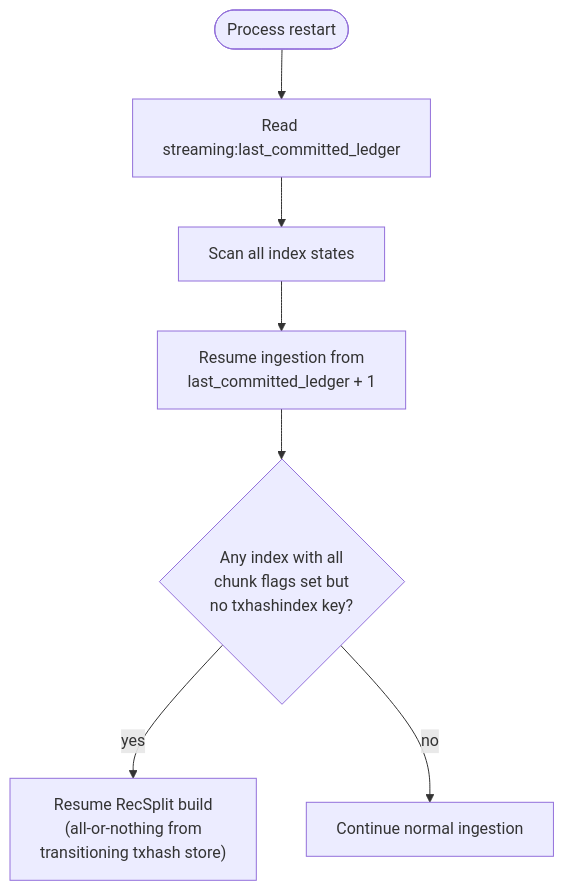
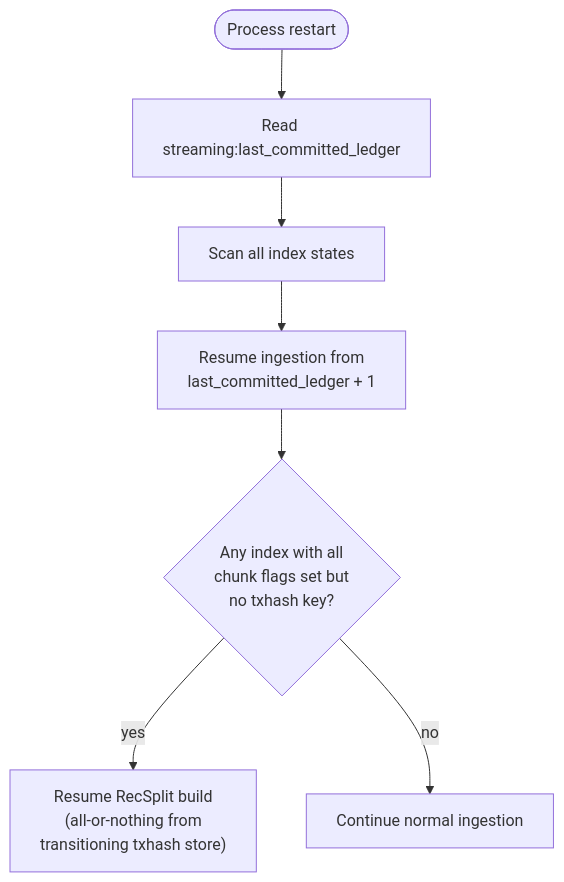
One commit to stellar/stellar-rpc changed diagram 12 of 12 in full-history/design-docs/01-architecture-overview.md. Above: the diagram before and after it, drawn with Mermaid. The commit also changed other lines of this file and 34 other files, not shown here.

Commit message:
refactor: align with PR #617 review — index:%010d:txhash key, chunks_per_txhash_index config

````diff
--- a/full-history/design-docs/01-architecture-overview.md
+++ b/full-history/design-docs/01-architecture-overview.md
@@ -330,9 +330,9 @@
 ```mermaid
 flowchart TD
     START(["Process restart"]) --> READ_LCL["Read streaming:last_committed_ledger"]
     READ_LCL --> SCAN_RANGES2["Scan all index states"]
     SCAN_RANGES2 --> RESUME_INGEST["Resume ingestion from\nlast_committed_ledger + 1"]
-    RESUME_INGEST --> CHECK_TRANS{Any index with all\nchunk flags set but\nno txhashindex key?}
+    RESUME_INGEST --> CHECK_TRANS{Any index with all\nchunk flags set but\nno txhash key?}
     CHECK_TRANS -->|yes| RESUME_TRANS["Resume RecSplit build\n(all-or-nothing from\ntransitioning txhash store)"]
     CHECK_TRANS -->|no| CONTINUE["Continue normal ingestion"]
 ```
````
